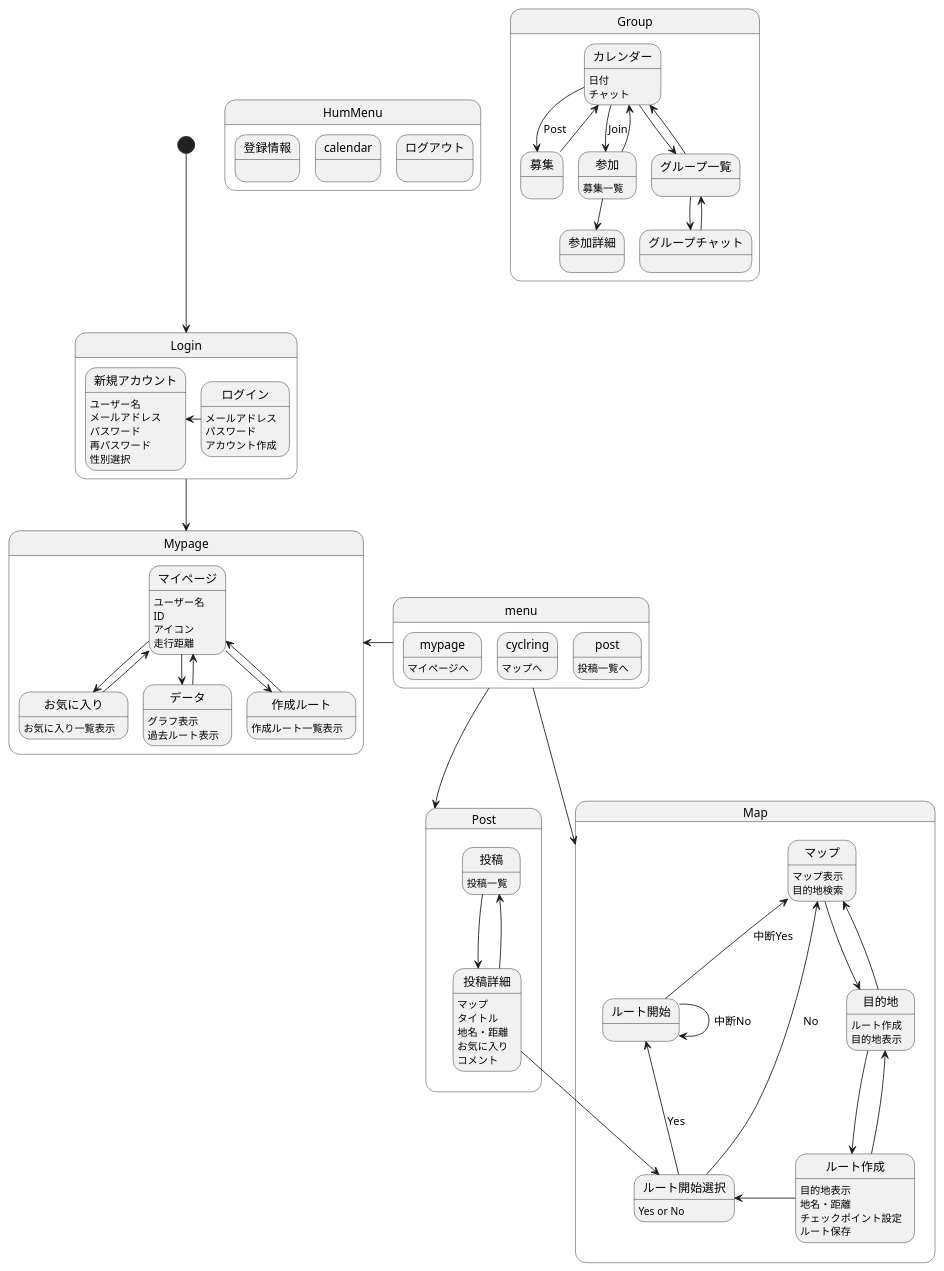
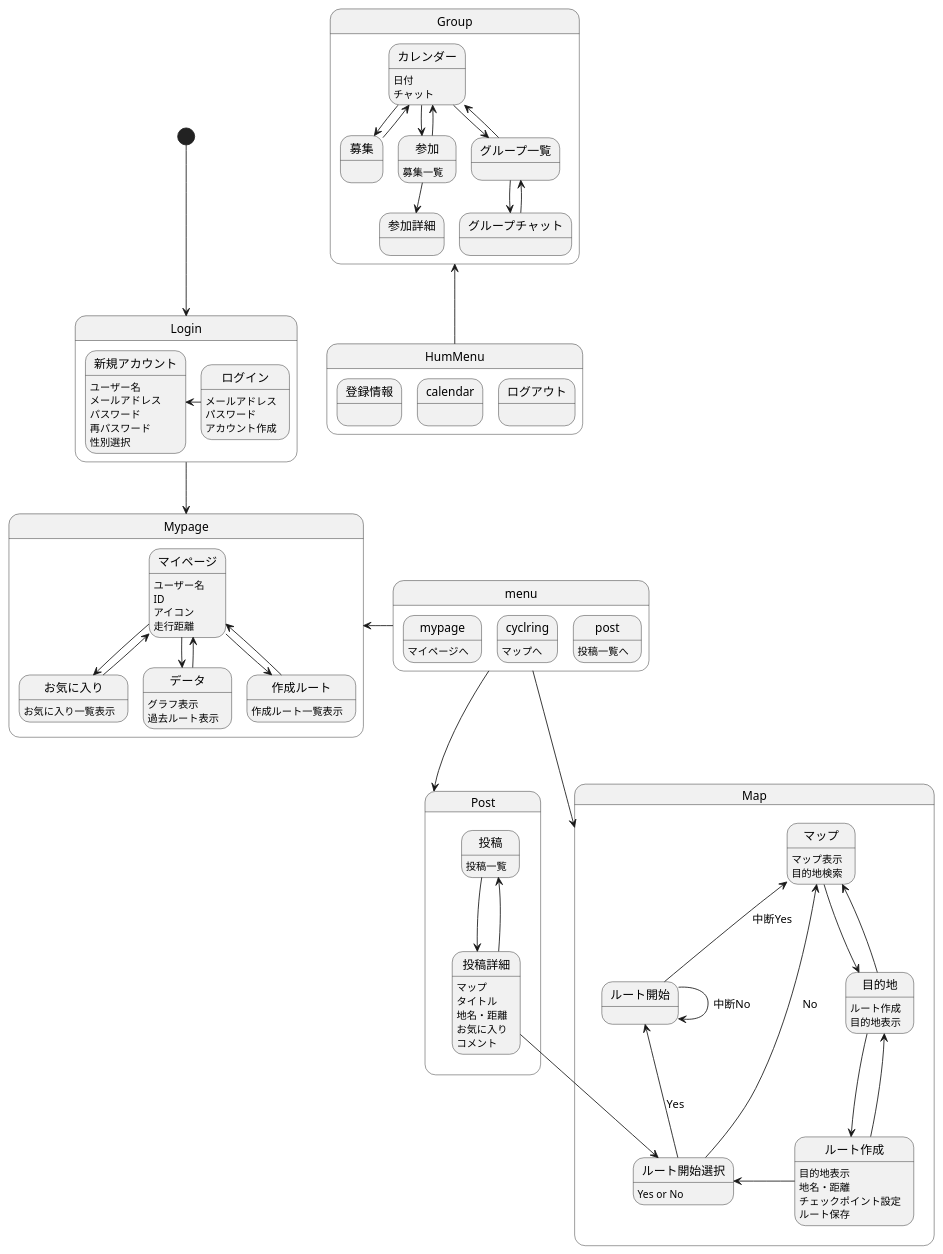
The diagram in 画面遷移図/gm.md (AsoSD3A3/CyclingSystem), drawn with PlantUML before and after one commit.

```diff
--- a/画面遷移図/gm.md
+++ b/画面遷移図/gm.md
@@ -13,11 +13,13 @@
 ログアウト:
 }
 
+HumMenu-up->Group
+
 state Group{
 カレンダー:日付
 カレンダー:チャット
-カレンダー-->募集 :Post
-カレンダー-->参加 :Join
+カレンダー-->募集
+カレンダー-->参加
 カレンダー-->グループ一覧
 グループ一覧-->カレンダー
 グループ一覧-->グループチャット
```
